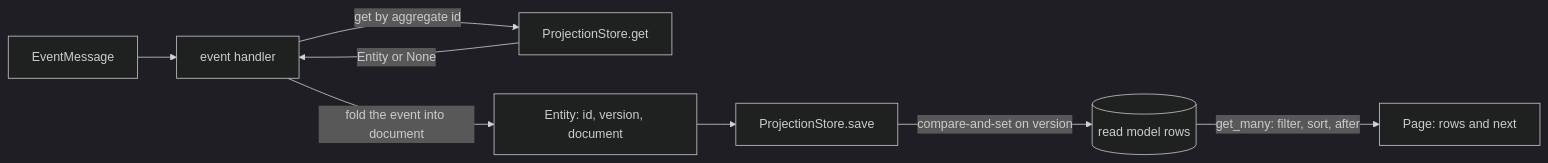
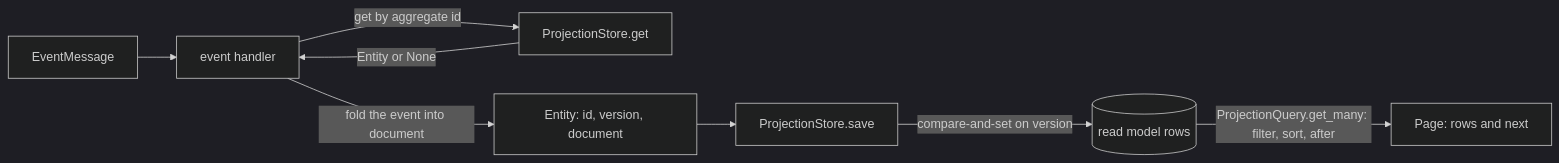
Before and after one commit to haskian/edax: the first of 4 diagrams in docs/sdk/projections.md, drawn with Mermaid (dark theme). The commit also changed other lines of this file and 288 other files, not shown here.

````diff
--- a/docs/sdk/projections.md
+++ b/docs/sdk/projections.md
@@ -10,10 +15,10 @@
 ```mermaid
 flowchart LR
     E["EventMessage"] --> H["event handler"]
     H -->|"get by aggregate id"| G["ProjectionStore.get"]
     G -->|"Entity or None"| H
     H -->|"fold the event into document"| N["Entity: id, version, document"]
     N --> S["ProjectionStore.save"]
     S -->|"compare-and-set on version"| D[("read model rows")]
-    D -->|"get_many: filter, sort, after"| Q["Page: rows and next"]
+    D -->|"ProjectionQuery.get_many: filter, sort, after"| Q["Page: rows and next"]
 ```
````
